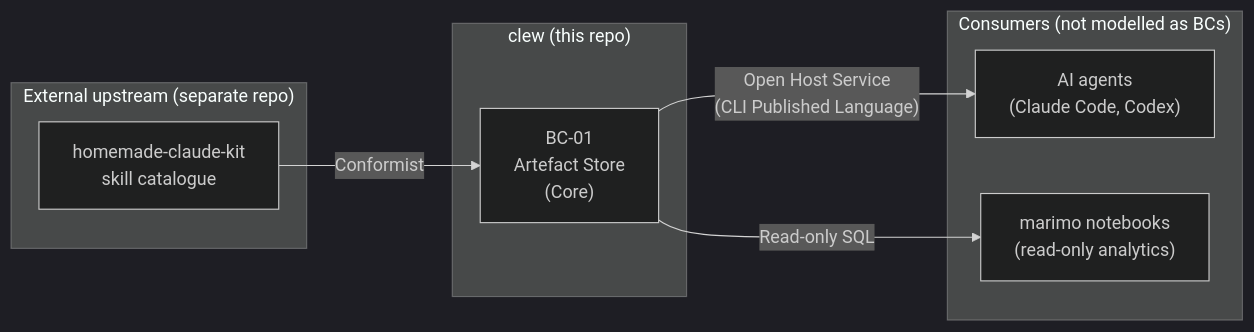
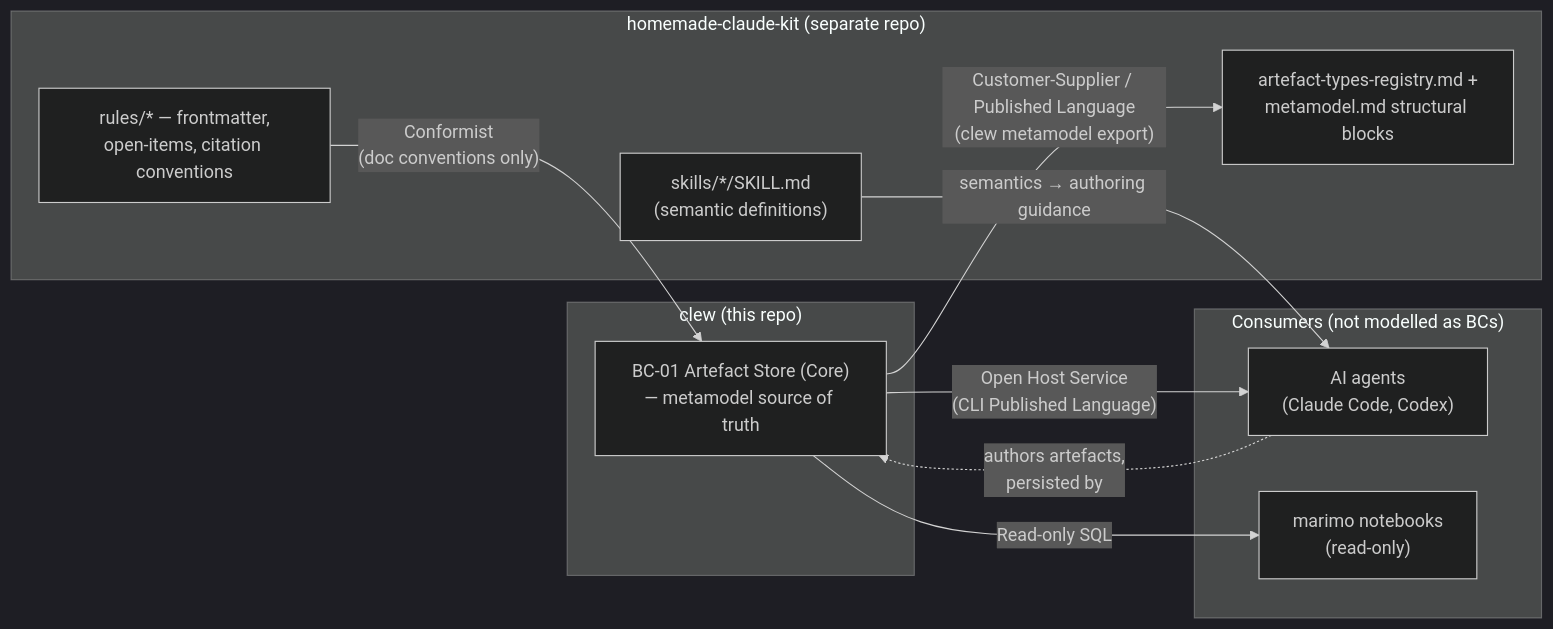
One commit to VictorHueni/clew changed the diagram in docs/domain/02b-context-map.md. Above: the diagram before and after it, drawn with Mermaid (dark theme). The commit also changed other lines of this file and 2 other files, not shown here.

````diff
--- a/docs/domain/02b-context-map.md
+++ b/docs/domain/02b-context-map.md
@@ -25,19 +42,24 @@
 ```mermaid
 flowchart LR
-    subgraph external["External upstream (separate repo)"]
-        KIT["homemade-claude-kit<br/>skill catalogue"]
+    subgraph kit["homemade-claude-kit (separate repo)"]
+        REG["artefact-types-registry.md +<br/>metamodel.md structural blocks"]
+        RULES["rules/* — frontmatter,<br/>open-items, citation conventions"]
+        SKILLS["skills/*/SKILL.md<br/>(semantic definitions)"]
     end
 
     subgraph clew["clew (this repo)"]
-        BC01["BC-01<br/>Artefact Store<br/>(Core)"]
+        BC01["BC-01 Artefact Store (Core)<br/>— metamodel source of truth"]
     end
 
     subgraph consumers["Consumers (not modelled as BCs)"]
         AGENT["AI agents<br/>(Claude Code, Codex)"]
-        MARIMO["marimo notebooks<br/>(read-only analytics)"]
+        MARIMO["marimo notebooks<br/>(read-only)"]
     end
 
-    KIT -->|"Conformist"| BC01
+    BC01 -->|"Customer-Supplier / Published Language<br/>(clew metamodel export)"| REG
+    RULES -->|"Conformist<br/>(doc conventions only)"| BC01
+    SKILLS -->|"semantics → authoring guidance"| AGENT
     BC01 -->|"Open Host Service<br/>(CLI Published Language)"| AGENT
     BC01 -->|"Read-only SQL"| MARIMO
+    AGENT -.->|"authors artefacts,<br/>persisted by"| BC01
 ```
````
